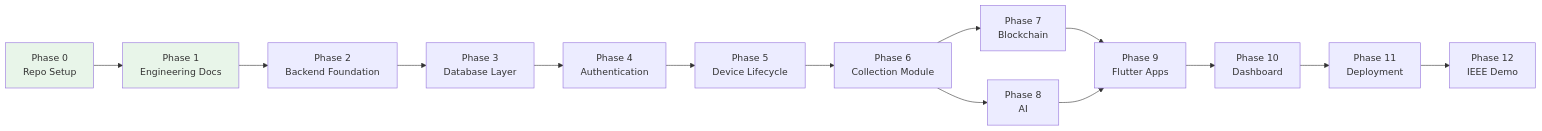
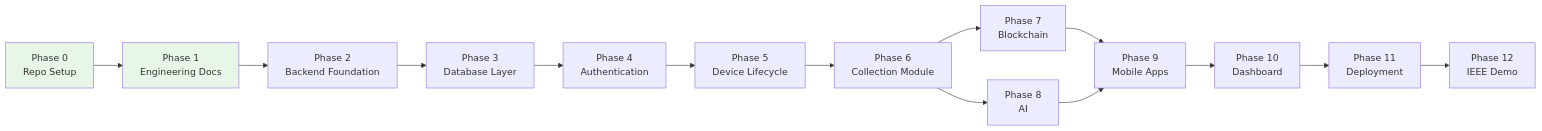
The diagram in docs/engineering/12_ROADMAP.md (Edith-Stark06/Eco-Trace-Warriors), drawn with Mermaid before and after one commit. The commit also changed other lines of this file and 12 other files, not shown here.

First line of the commit message:
docs(mobile): document react native architecture

````diff
--- a/docs/engineering/12_ROADMAP.md
+++ b/docs/engineering/12_ROADMAP.md
@@ -33,18 +33,18 @@
 ```mermaid
 flowchart LR
     P0[Phase 0<br/>Repo Setup] --> P1[Phase 1<br/>Engineering Docs]
     P1 --> P2[Phase 2<br/>Backend Foundation]
     P2 --> P3[Phase 3<br/>Database Layer]
     P3 --> P4[Phase 4<br/>Authentication]
     P4 --> P5[Phase 5<br/>Device Lifecycle]
     P5 --> P6[Phase 6<br/>Collection Module]
     P6 --> P7[Phase 7<br/>Blockchain]
     P6 --> P8[Phase 8<br/>AI]
-    P7 --> P9[Phase 9<br/>Flutter Apps]
+    P7 --> P9[Phase 9<br/>Mobile Apps]
     P8 --> P9
     P9 --> P10[Phase 10<br/>Dashboard]
     P10 --> P11[Phase 11<br/>Deployment]
     P11 --> P12[Phase 12<br/>IEEE Demo]
     style P0 fill:#e8f5e9
     style P1 fill:#e8f5e9
 ```
````
